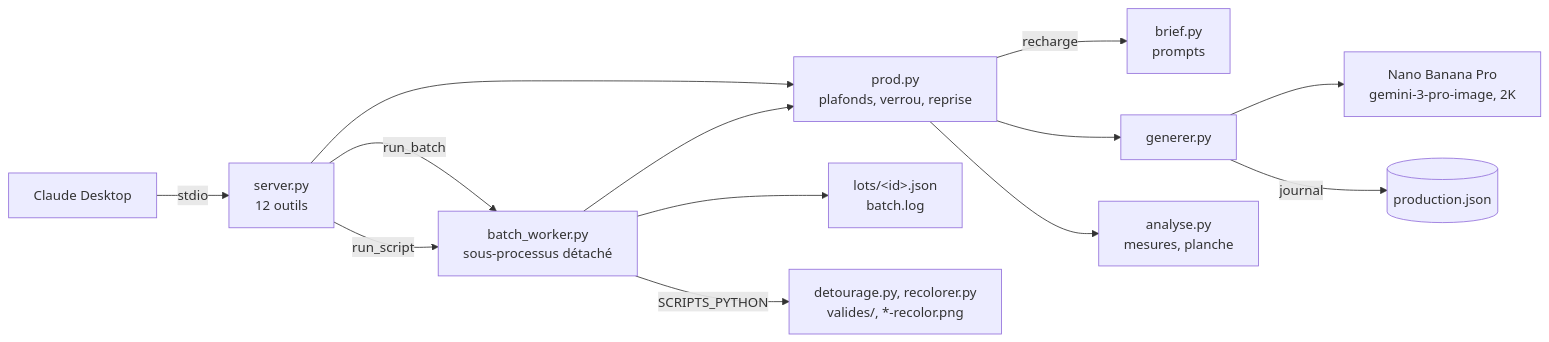
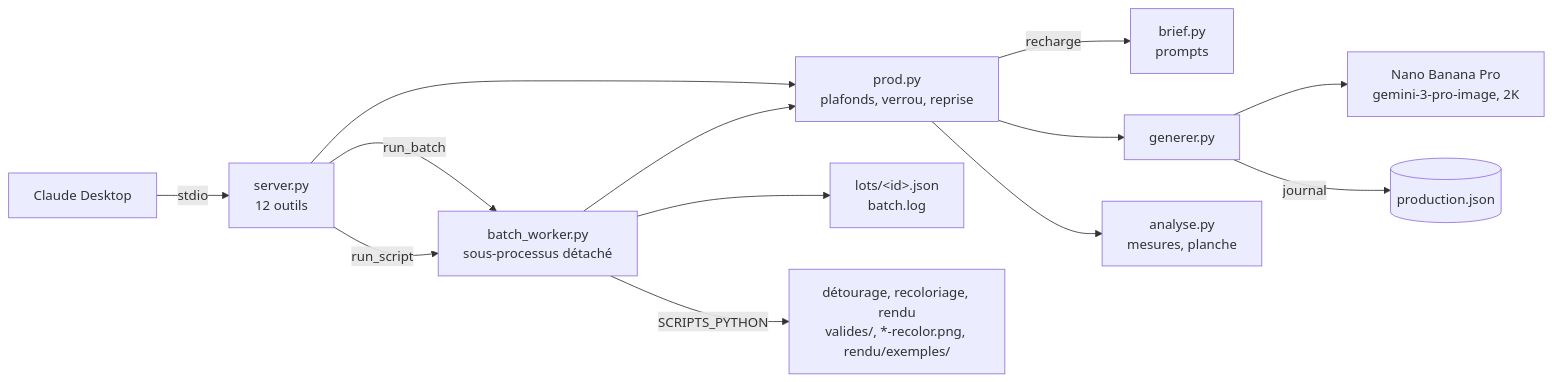
One commit to SylvainCode42A/Drop-Shipping-Agentique changed the diagram in 3-systeme/2-agents/MOD - Connecteur nolaprint-image.md. Above: the diagram before and after it, drawn with Mermaid. The commit also changed other lines of this file and 30 other files, not shown here.

````diff
--- a/3-systeme/2-agents/MOD - Connecteur nolaprint-image.md
+++ b/3-systeme/2-agents/MOD - Connecteur nolaprint-image.md
@@ -36,15 +37,15 @@
 ```mermaid
 flowchart LR
     C[Claude Desktop] -->|stdio| S[server.py<br/>12 outils]
     S --> P[prod.py<br/>plafonds, verrou, reprise]
     P -->|recharge| B[brief.py<br/>prompts]
     P --> G[generer.py]
     G --> N[Nano Banana Pro<br/>gemini-3-pro-image, 2K]
     G -->|journal| J[(production.json)]
     P --> A[analyse.py<br/>mesures, planche]
     S -->|run_batch| W[batch_worker.py<br/>sous-processus détaché]
     W --> P
     W --> L[lots/&lt;id&gt;.json<br/>batch.log]
     S -->|run_script| W
-    W -->|SCRIPTS_PYTHON| X[detourage.py, recolorer.py<br/>valides/, *-recolor.png]
+    W -->|SCRIPTS_PYTHON| X[détourage, recoloriage, rendu<br/>valides/, *-recolor.png, rendu/exemples/]
 ```
````
